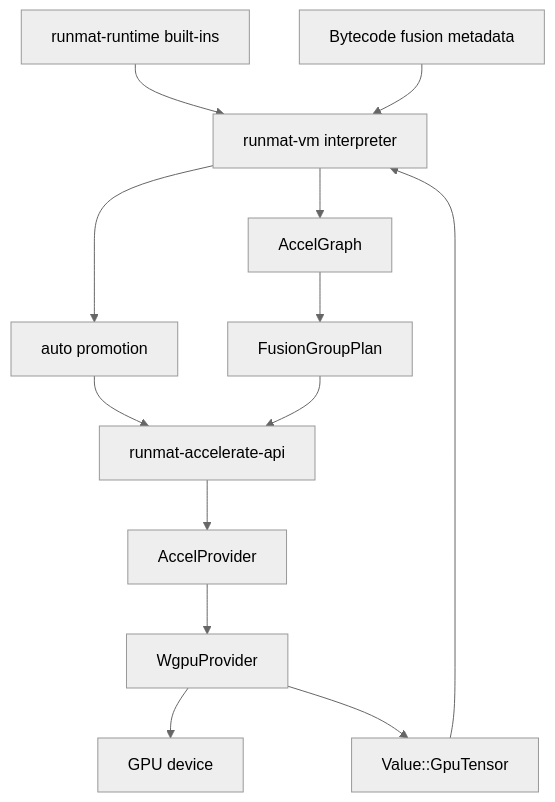
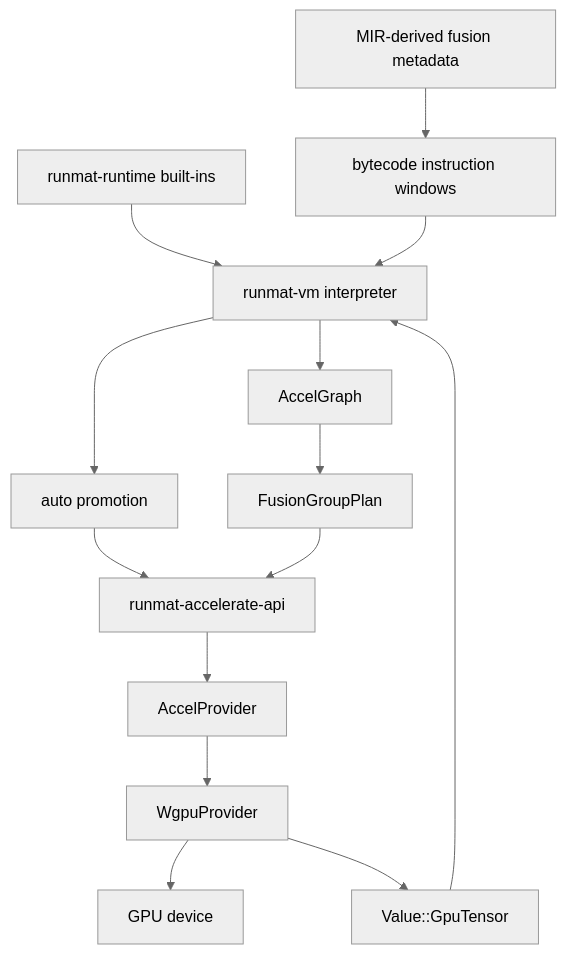
Before and after one commit to runmat-org/runmat: the diagram in docs/gpu/index.md, drawn with Mermaid (neutral theme). The commit also changed other lines of this file and 4 other files, not shown here.

````diff
--- a/docs/gpu/index.md
+++ b/docs/gpu/index.md
@@ -16,27 +16,29 @@
 ```mermaid
 flowchart TD
   Runtime["runmat-runtime built-ins"]
   VM["runmat-vm interpreter"]
-  Metadata["Bytecode fusion metadata"]
+  Metadata["MIR-derived fusion metadata"]
+  Windows["bytecode instruction windows"]
   Promote["auto promotion"]
   Graph["AccelGraph"]
   Plan["FusionGroupPlan"]
   API["runmat-accelerate-api"]
   Provider["AccelProvider"]
   WGPU["WgpuProvider"]
   GPU["GPU device"]
   Value["Value::GpuTensor"]
 
   Runtime --> VM
-  Metadata --> VM
+  Metadata --> Windows
+  Windows --> VM
   VM --> Promote
   VM --> Graph
   Graph --> Plan
   Promote --> API
   Plan --> API
   API --> Provider
   Provider --> WGPU
   WGPU --> GPU
   WGPU --> Value
   Value --> VM
 ```
````
